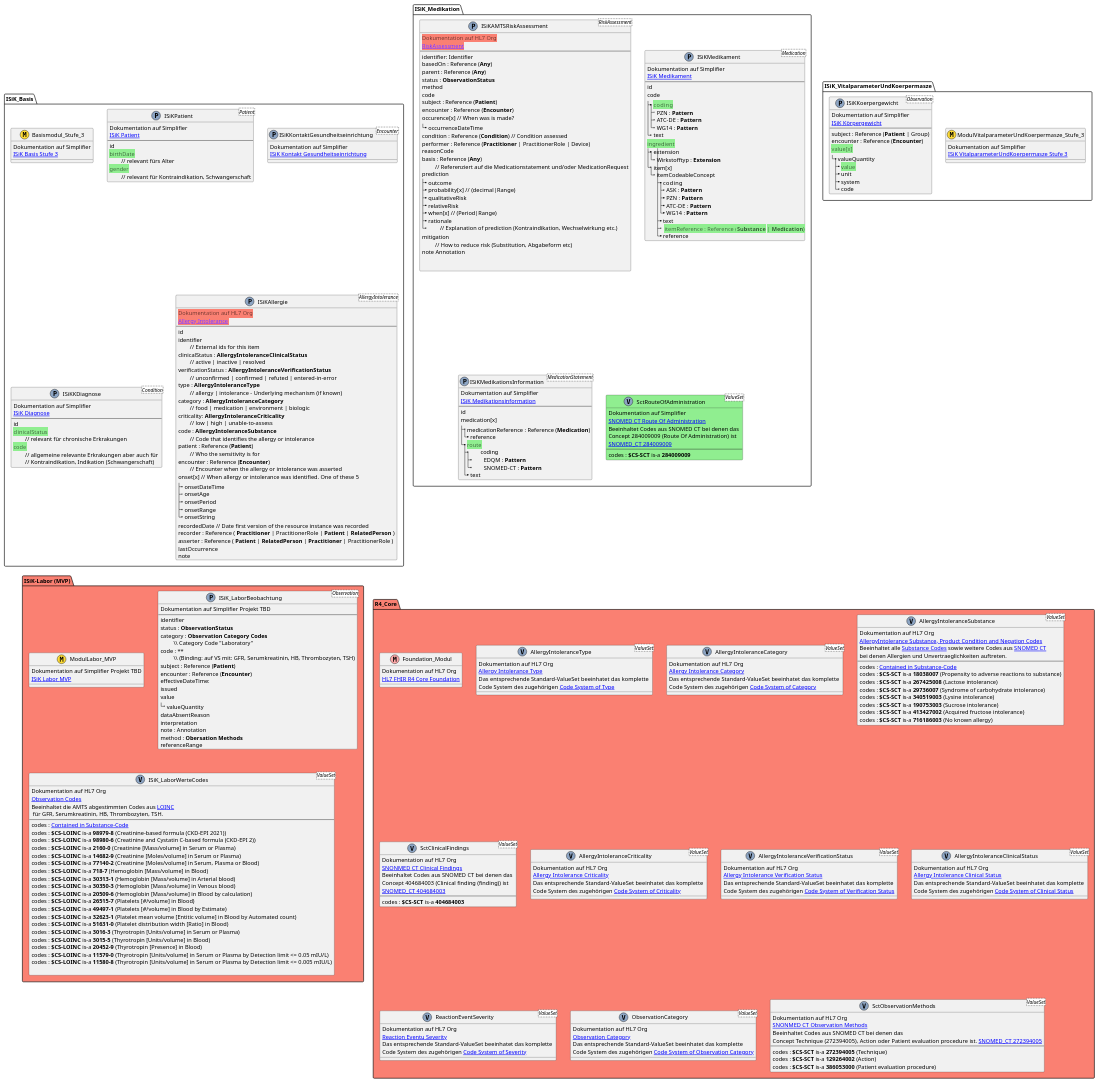
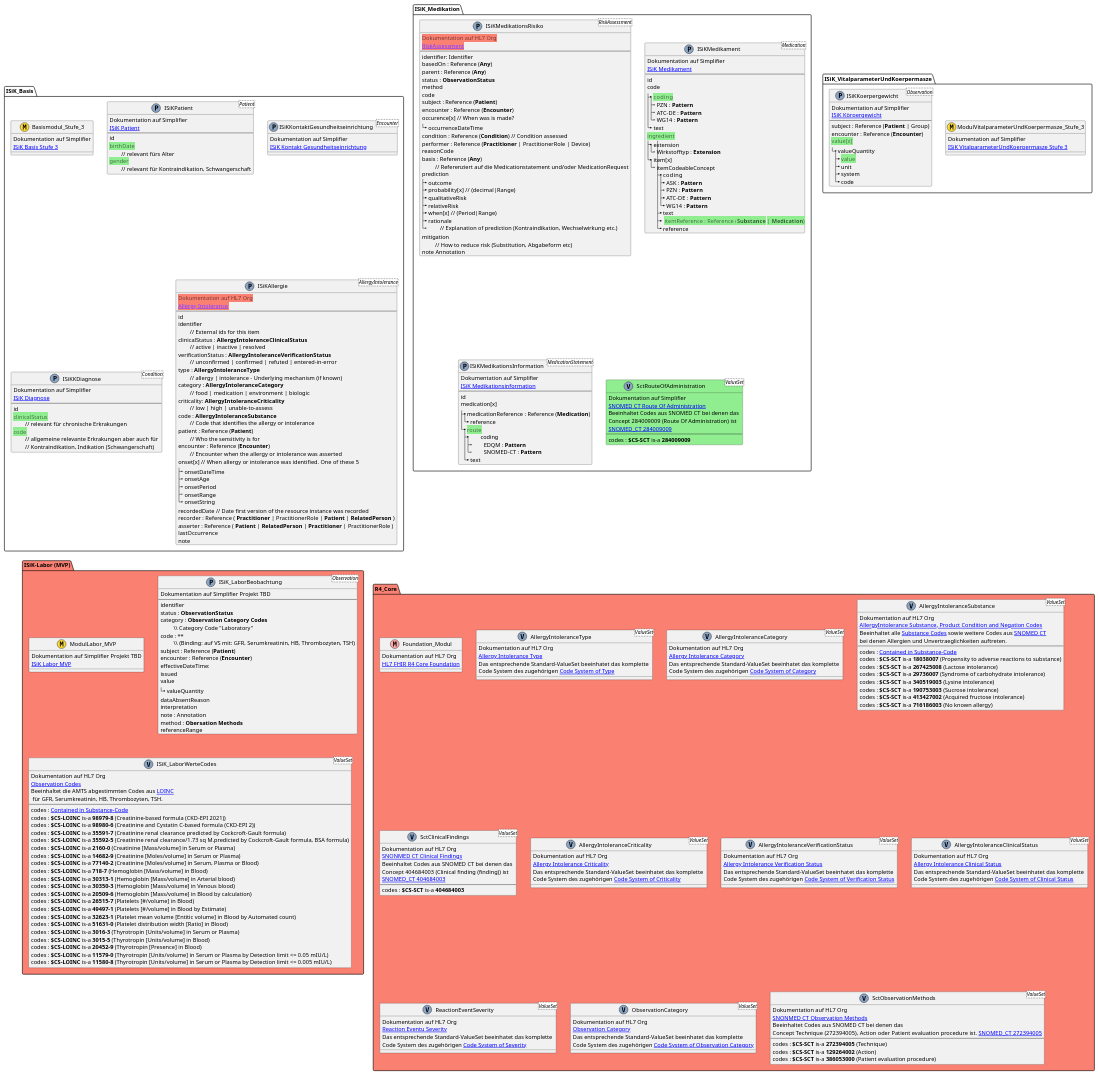
One commit to gematik/spec-ISiK-Medikation changed the diagram in Material/images/src/plantuml/amts_infomodell.puml. Above: the diagram before and after it, drawn with PlantUML. The commit also changed 1 other file, not shown here.

```diff
--- a/Material/images/src/plantuml/amts_infomodell.puml
+++ b/Material/images/src/plantuml/amts_infomodell.puml
@@ -105,7 +105,7 @@
 
 namespace ISiK_Medikation {
 
-   class  ISiKAMTSRiskAssessment <RiskAssessment><<(P,#8DA5C4)>>{
+   class  ISiKMedikationsRisiko <RiskAssessment><<(P,#8DA5C4)>>{
       <back:Salmon>Dokumentation auf HL7 Org
       <back:Salmon>[[https://hl7.org/fhir/R4/riskassessment.html RiskAssessment]]
       ---
@@ -131,10 +131,9 @@
       |_ when[x] // (Period|Range)
       |_ rationale \n\t // Explanation of prediction (Kontraindikation, Wechselwirkung etc.)
       mitigation \n\t // How to reduce risk (Substitution, Abgabeform etc)
-      note Annotation
-
+      note Annotation   
+   }
    
-   }
    class ISiKMedikament <Medication><<(P,#8DA5C4)>>{
       Dokumentation auf Simplifier 
       [[https://simplifier.net/isik-medikation-v3/isikmedikament ISiK Medikament]]
@@ -216,6 +215,7 @@
       method : **Obersation Methods**
       referenceRange
    }
+   
    class ISiK_LaborWerteCodes <ValueSet><<(V,#8DA5C4)>>{
       Dokumentation auf HL7 Org 
       [[hhttps://hl7.org/fhir/R4/valueset-observation-codes.html Observation Codes]]
@@ -224,6 +224,8 @@
       codes : [[http://hl7.org/fhir/ValueSet/substance-code Contained in Substance-Code]]
       codes : **$CS-LOINC** is-a **98979-8** (Creatinine-based formula (CKD-EPI 2021))
       codes : **$CS-LOINC** is-a **98980-6** (Creatinine and Cystatin C-based formula (CKD-EPI 2))
+      codes : **$CS-LOINC** is-a **35591-7** (Creatinine renal clearance predicted by Cockcroft-Gault formula)
+      codes : **$CS-LOINC** is-a **35592-5** (Creatinine renal clearance/1.73 sq M.predicted by Cockcroft-Gault formula, BSA formula)
       codes : **$CS-LOINC** is-a **2160-0** (Creatinine [Mass/volume] in Serum or Plasma)
       codes : **$CS-LOINC** is-a **14682-9** (Creatinine [Moles/volume] in Serum or Plasma)
       codes : **$CS-LOINC** is-a **77140-2** (Creatinine [Moles/volume] in Serum, Plasma or Blood)
@@ -240,8 +242,8 @@
       codes : **$CS-LOINC** is-a **20452-9** (Thyrotropin [Presence] in Blood)
       codes : **$CS-LOINC** is-a **11579-0** (Thyrotropin [Units/volume] in Serum or Plasma by Detection limit <= 0.05 mIU/L) 
       codes : **$CS-LOINC** is-a **11580-8** (Thyrotropin [Units/volume] in Serum or Plasma by Detection limit <= 0.005 mIU/L) 
+   }
 
-   }
    'class  ISiKLaborBefund <DiagnosticReport><<(P,#8DA5C4)>>{
    '   Dokumentation auf HL7 Org 
    '   [[http://hl7.org/fhir/R4/diagnosticreport.html Diagnostic Report]]
```
